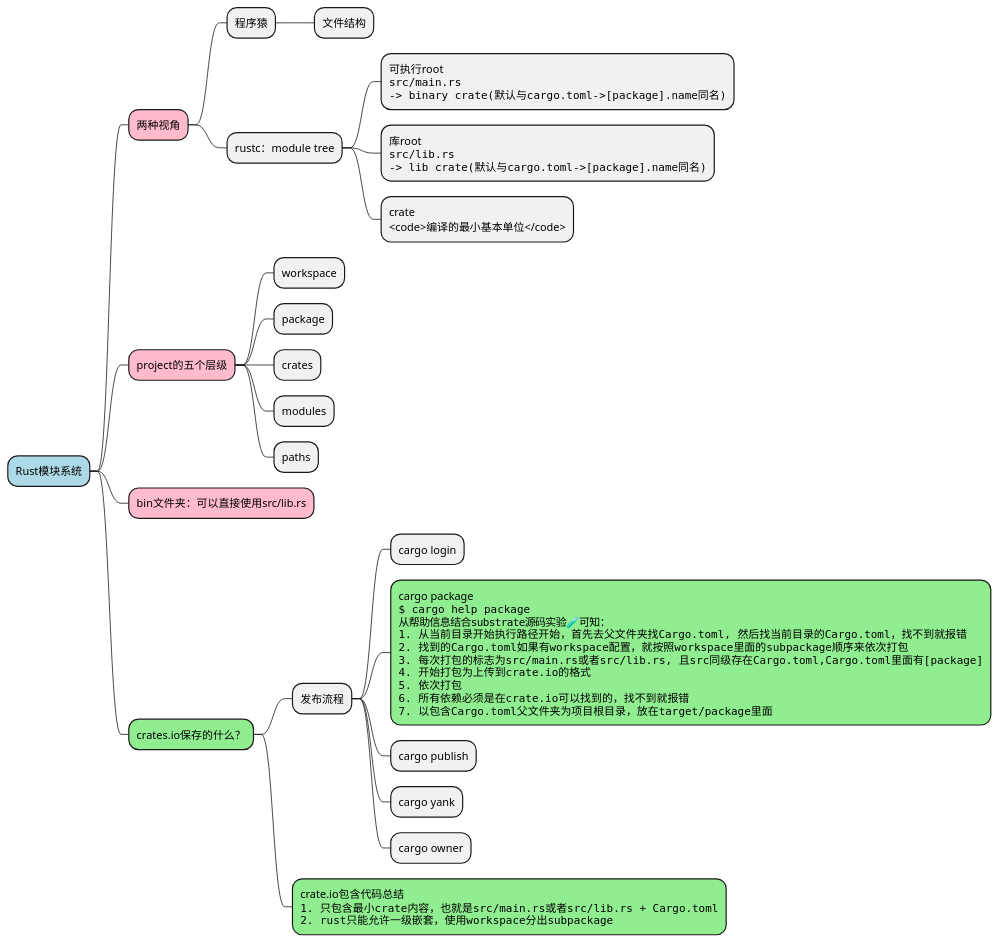
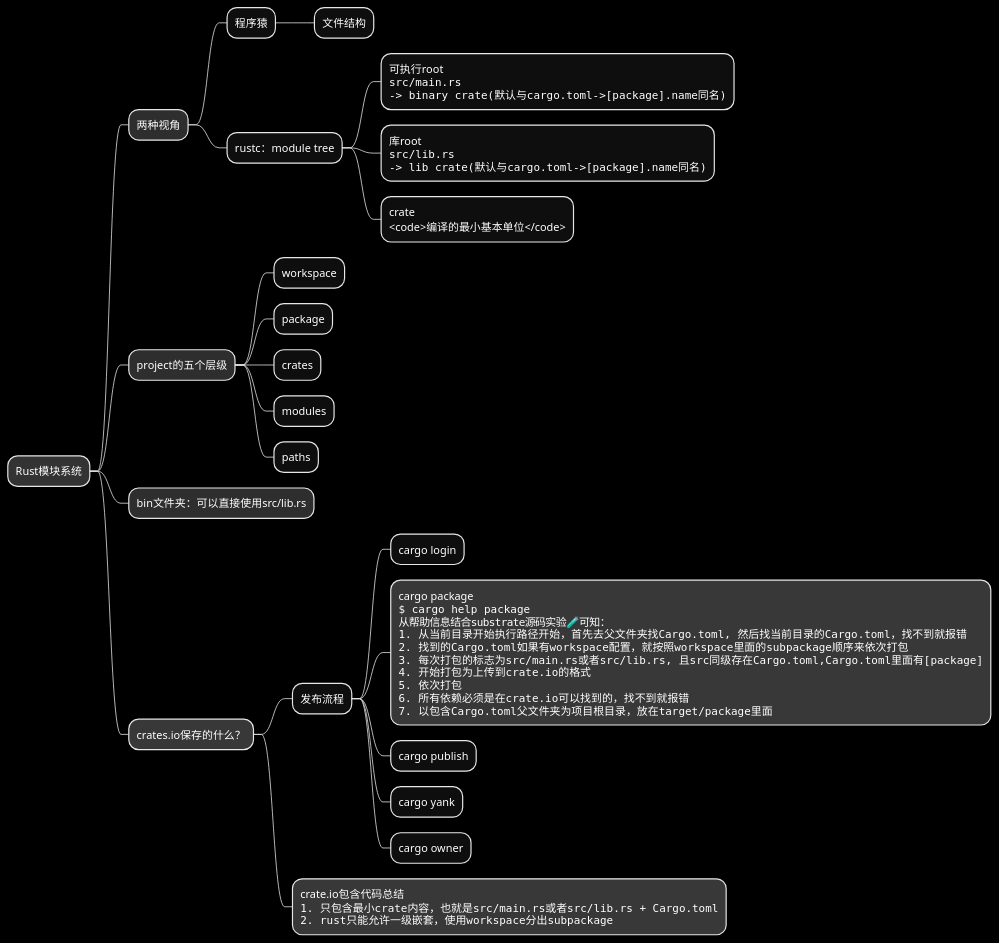
The tenth of 14 diagrams in src/layer1_visual_tools/map_tools/plant-uml.md (KuanHsiaoKuo/think-tool-kit), drawn with PlantUML before and after one commit. The commit also changed other lines of this file, not shown here.

````diff
--- a/src/layer1_visual_tools/map_tools/plant-uml.md
+++ b/src/layer1_visual_tools/map_tools/plant-uml.md
@@ -202,51 +202,53 @@
 ```plantuml
 @startmindmap
+skinparam monochrome reverse
+skinparam classFontName Helvetica
 *[#lightblue] Rust模块系统
 **[#FFBBCC] 两种视角
 *** 程序猿
 **** 文件结构
 *** rustc：module tree
 ****:可执行root
 <code>
 src/main.rs 
 -> binary crate(默认与cargo.toml->[package].name同名)
 </code>;
 ****:库root
 <code>
 src/lib.rs 
 -> lib crate(默认与cargo.toml->[package].name同名)
 </code>;
 ****:crate
 <code>编译的最小基本单位</code>;
 **[#FFBBCC] project的五个层级
 *** workspace
 *** package
 *** crates
 *** modules
 *** paths
 **[#FFBBCC] bin文件夹：可以直接使用src/lib.rs
 **[#lightgreen] crates.io保存的什么？
 *** 发布流程
 **** cargo login
 ****[#lightgreen]:cargo package
 <code>
 $ cargo help package
 从帮助信息结合substrate源码实验🧪可知：
 1. 从当前目录开始执行路径开始，首先去父文件夹找Cargo.toml, 然后找当前目录的Cargo.toml，找不到就报错
 2. 找到的Cargo.toml如果有workspace配置，就按照workspace里面的subpackage顺序来依次打包
 3. 每次打包的标志为src/main.rs或者src/lib.rs, 且src同级存在Cargo.toml,Cargo.toml里面有[package]
 4. 开始打包为上传到crate.io的格式
 5. 依次打包
 6. 所有依赖必须是在crate.io可以找到的，找不到就报错
 7. 以包含Cargo.toml父文件夹为项目根目录，放在target/package里面
 </code>;
 **** cargo publish
 **** cargo yank
 **** cargo owner
 ***[#lightgreen]:crate.io包含代码总结
 <code>
 1. 只包含最小crate内容，也就是src/main.rs或者src/lib.rs + Cargo.toml
 2. rust只能允许一级嵌套，使用workspace分出subpackage
 </code>;
 @endmindmap
 ```
````
